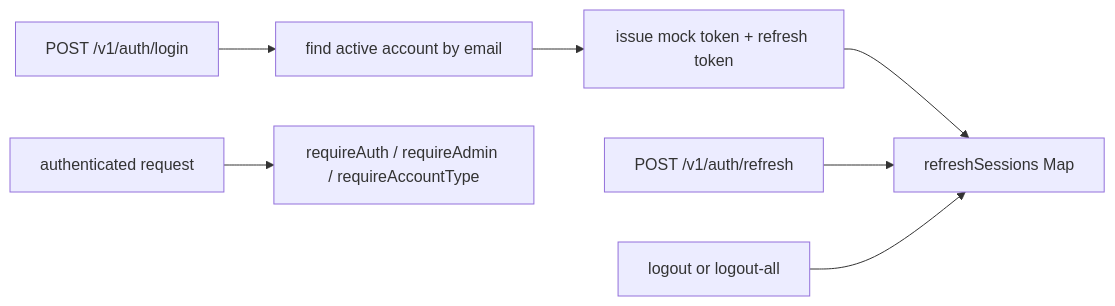
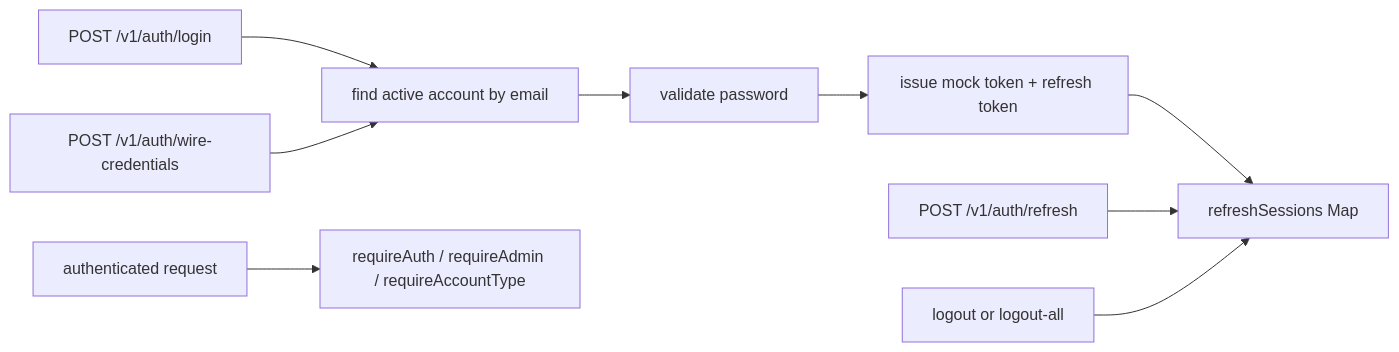
One commit to Plataforma-Universidade-Gratuita/pug-docs changed the fifth of 7 diagrams in pug-mocks/README.md. Above: the diagram before and after it, drawn with Mermaid. The commit also changed other lines of this file and 2 other files, not shown here.

````diff
--- a/pug-mocks/README.md
+++ b/pug-mocks/README.md
@@ -185,18 +187,22 @@
 ```mermaid
 flowchart LR
     LOGIN["POST /v1/auth/login"]
-    EMAIL["find active account by email"]
+    ACCOUNT["find active account by email"]
+    PASSWORD["validate password"]
     TOKENS["issue mock token + refresh token"]
     SESSION["refreshSessions Map"]
     CALL["authenticated request"]
     BEARER["requireAuth / requireAdmin / requireAccountType"]
     REFRESH["POST /v1/auth/refresh"]
+    WIRE["POST /v1/auth/wire-credentials"]
     LOGOUT["logout or logout-all"]
 
-    LOGIN --> EMAIL
-    EMAIL --> TOKENS
+    LOGIN --> ACCOUNT
+    ACCOUNT --> PASSWORD
+    PASSWORD --> TOKENS
     TOKENS --> SESSION
     CALL --> BEARER
     REFRESH --> SESSION
+    WIRE --> ACCOUNT
     LOGOUT --> SESSION
 ```
````
